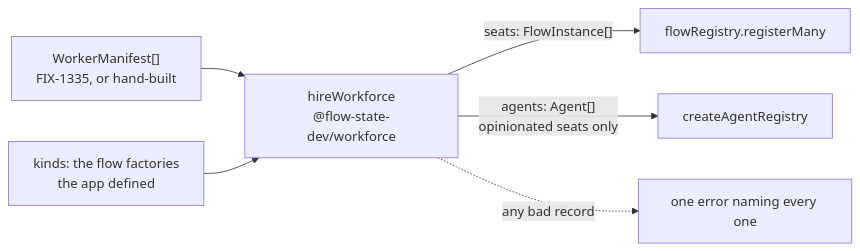
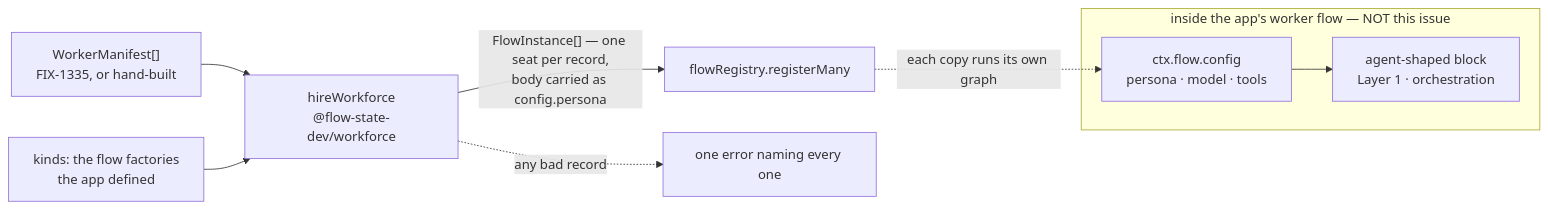
Before and after one commit to fixpoint-labs/flow-state-dev: the diagram in spec/FIX-1325.md, drawn with Mermaid. The commit also changed other lines of this file, not shown here.

````diff
--- a/spec/FIX-1325.md
+++ b/spec/FIX-1325.md
@@ -293,8 +372,11 @@
 ```mermaid
 flowchart LR
   M["WorkerManifest[]<br/>FIX-1335, or hand-built"] --> H["hireWorkforce<br/>@flow-state-dev/workforce"]
   K["kinds: the flow factories<br/>the app defined"] --> H
-  H -->|"seats: FlowInstance[]"| FR["flowRegistry.registerMany"]
-  H -->|"agents: Agent[]<br/>opinionated seats only"| AR["createAgentRegistry"]
+  H -->|"FlowInstance[] — one seat per record,<br/>body carried as config.persona"| FR["flowRegistry.registerMany"]
   H -.->|"any bad record"| E["one error naming every one"]
+  subgraph B["inside the app's worker flow — NOT this issue"]
+    C["ctx.flow.config<br/>persona · model · tools"] --> G["agent-shaped block<br/>Layer 1 · orchestration"]
+  end
+  FR -.->|"each copy runs its own graph"| C
 ```
````
